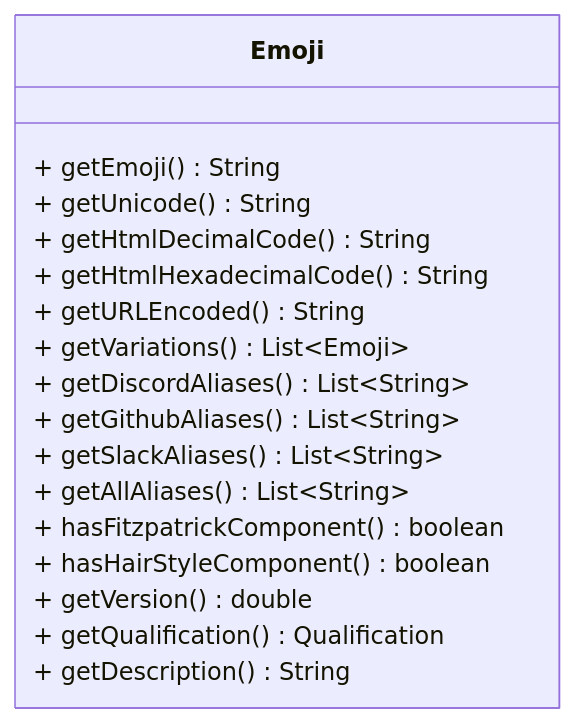
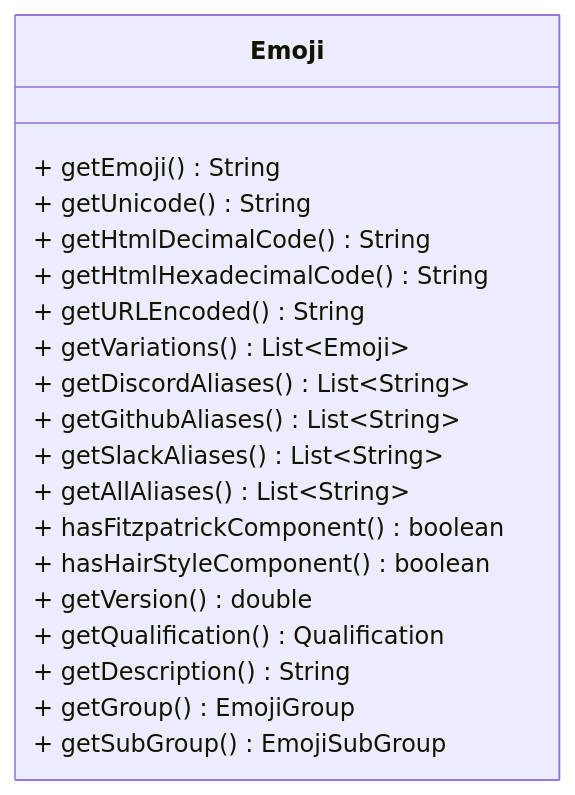
The diagram in README.md (felldo/JEmoji), drawn with Mermaid before and after one commit. The commit also changed 1 other file, not shown here.

Commit message:
Add missing methods to README

````diff
--- a/README.md
+++ b/README.md
@@ -115,21 +115,23 @@
 ```mermaid
 classDiagram
 direction BT
 class Emoji {
 + getEmoji() String
 + getUnicode() String
 + getHtmlDecimalCode() String
 + getHtmlHexadecimalCode() String
 + getURLEncoded() String
 + getVariations() List~Emoji~
 + getDiscordAliases() List~String~
 + getGithubAliases() List~String~
 + getSlackAliases() List~String~
 + getAllAliases() List~String~
 + hasFitzpatrickComponent() boolean
 + hasHairStyleComponent() boolean
 + getVersion() double
 + getQualification() Qualification
 + getDescription() String
++ getGroup() EmojiGroup
++ getSubGroup() EmojiSubGroup
 }
 ```
````
